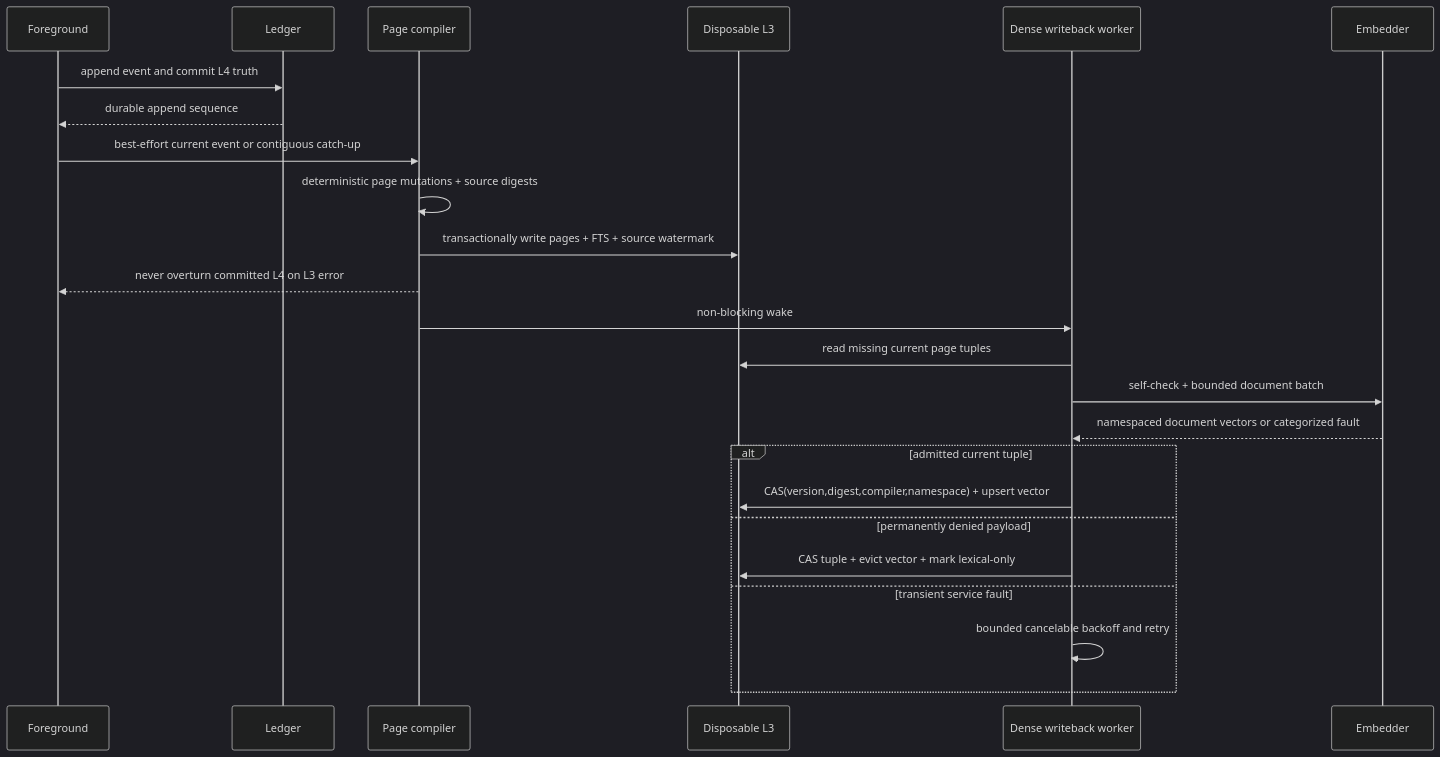
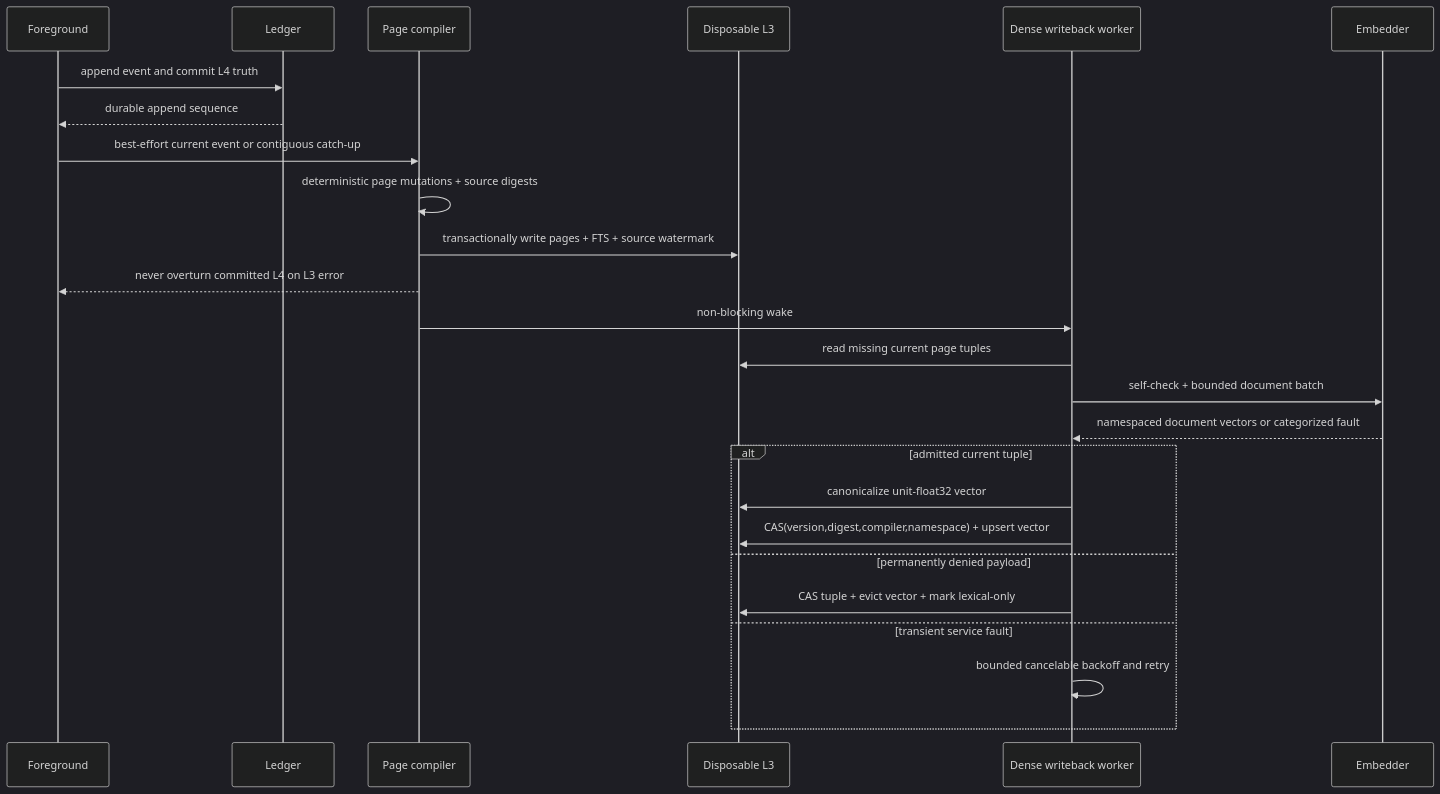
Before and after one commit to rexbrahh/WSMS: the eighth of 10 diagrams in docs/architecture.md, drawn with Mermaid (dark theme). The commit also changed other lines of this file and 4 other files, not shown here.

````diff
--- a/docs/architecture.md
+++ b/docs/architecture.md
@@ -590,27 +642,28 @@
 ```mermaid
 sequenceDiagram
     participant Foreground
     participant Ledger
     participant Compiler as Page compiler
     participant Index as Disposable L3
     participant Worker as Dense writeback worker
     participant Embedder
 
     Foreground->>Ledger: append event and commit L4 truth
     Ledger-->>Foreground: durable append sequence
     Foreground->>Compiler: best-effort current event or contiguous catch-up
     Compiler->>Compiler: deterministic page mutations + source digests
     Compiler->>Index: transactionally write pages + FTS + source watermark
     Compiler-->>Foreground: never overturn committed L4 on L3 error
     Compiler->>Worker: non-blocking wake
     Worker->>Index: read missing current page tuples
     Worker->>Embedder: self-check + bounded document batch
     Embedder-->>Worker: namespaced document vectors or categorized fault
     alt admitted current tuple
+        Worker->>Index: canonicalize unit-float32 vector
         Worker->>Index: CAS(version,digest,compiler,namespace) + upsert vector
     else permanently denied payload
         Worker->>Index: CAS tuple + evict vector + mark lexical-only
     else transient service fault
         Worker->>Worker: bounded cancelable backoff and retry
     end
 ```
````
